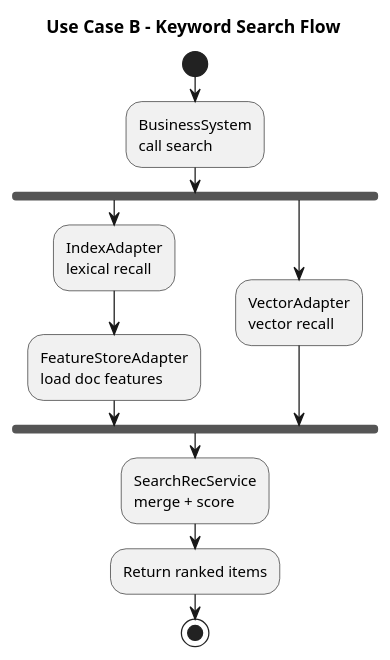
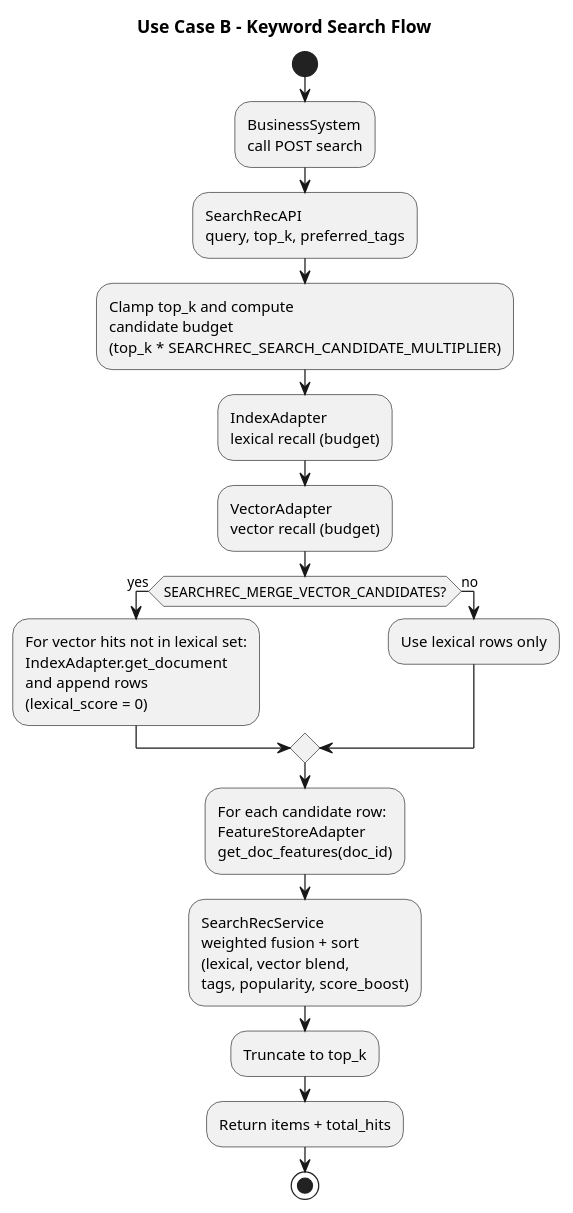
One commit to zhang1career/service-foundation changed the diagram in app_searchrec/docs/usecase_b_search_flow.puml. Above: the diagram before and after it, drawn with PlantUML. The commit also changed 18 other files, not shown here.

```diff
--- a/app_searchrec/docs/usecase_b_search_flow.puml
+++ b/app_searchrec/docs/usecase_b_search_flow.puml
@@ -1,16 +1,21 @@
 @startuml
 title Use Case B - Keyword Search Flow
 skinparam shadowing false
 
 start
-:BusinessSystem\ncall search;
-fork
-  :IndexAdapter\nlexical recall;
-  :FeatureStoreAdapter\nload doc features;
-fork again
-  :VectorAdapter\nvector recall;
-end fork
-:SearchRecService\nmerge + score;
-:Return ranked items;
+:BusinessSystem\ncall POST search;
+:SearchRecAPI\nquery, top_k, preferred_tags;
+:Clamp top_k and compute\ncandidate budget\n(top_k * SEARCHREC_SEARCH_CANDIDATE_MULTIPLIER);
+:IndexAdapter\nlexical recall (budget);
+:VectorAdapter\nvector recall (budget);
+if (SEARCHREC_MERGE_VECTOR_CANDIDATES?) then (yes)
+  :For vector hits not in lexical set:\nIndexAdapter.get_document\nand append rows\n(lexical_score = 0);
+else (no)
+  :Use lexical rows only;
+endif
+:For each candidate row:\nFeatureStoreAdapter\nget_doc_features(doc_id);
+:SearchRecService\nweighted fusion + sort\n(lexical, vector blend,\ntags, popularity, score_boost);
+:Truncate to top_k;
+:Return items + total_hits;
 stop
 @enduml
```
